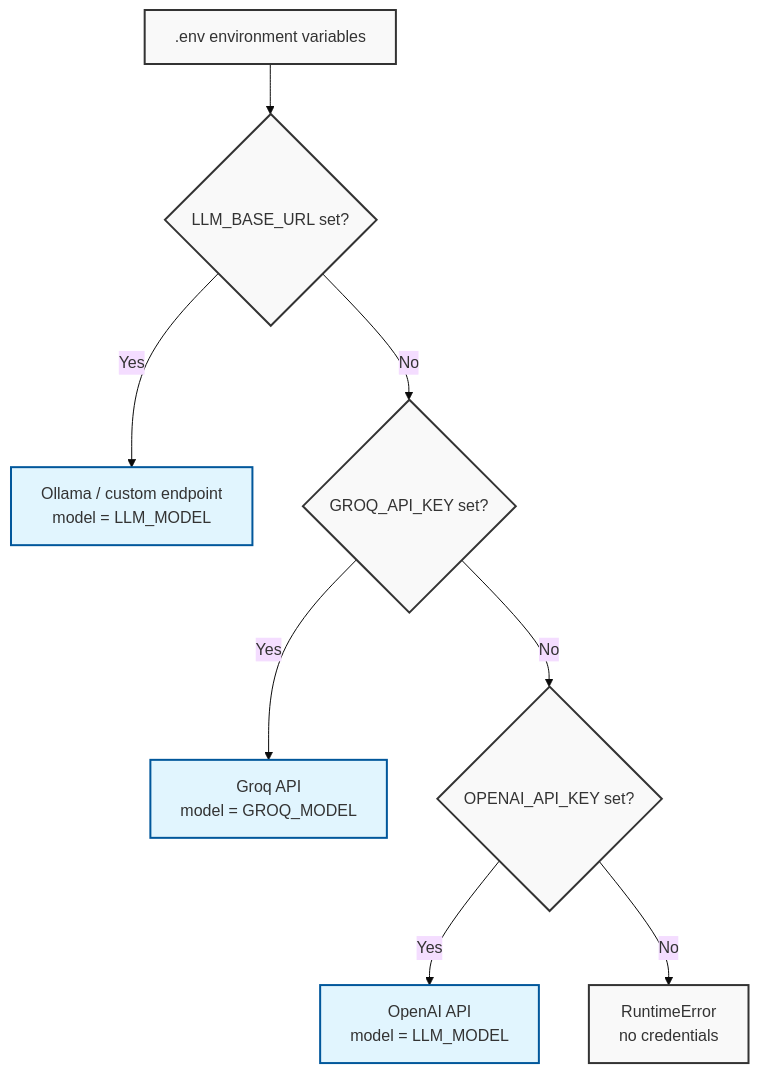
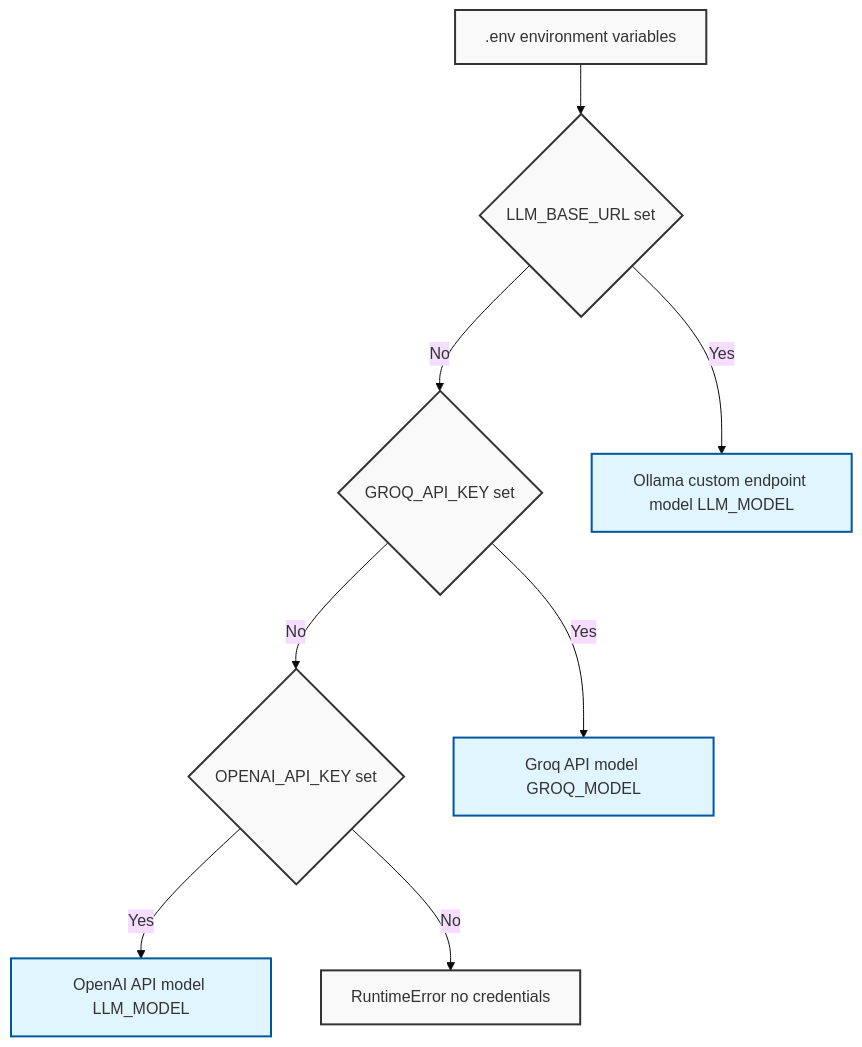
One commit to ArafathUIU/BIAI_Task1 changed the sixth of 7 diagrams in ARCHITECTURE.md. Above: the diagram before and after it, drawn with Mermaid (base theme). The commit also changed other lines of this file, not shown here.

Commit message:
Fix Mermaid diagram syntax errors in ARCHITECTURE.md

````diff
--- a/ARCHITECTURE.md
+++ b/ARCHITECTURE.md
@@ -226,16 +248,25 @@
 ```mermaid
 flowchart TD
     classDef provider fill:#e1f5fe,stroke:#01579b,stroke-width:2px
     classDef default fill:#f9f9f9,stroke:#333,stroke-width:2px
 
-    ENV[.env environment variables] --> G1{LLM_BASE_URL set?}
-    G1 -- Yes --> P1[Ollama / custom endpoint<br/>model = LLM_MODEL]
-    G1 -- No --> G2{GROQ_API_KEY set?}
-    G2 -- Yes --> P2[Groq API<br/>model = GROQ_MODEL]
-    G2 -- No --> G3{OPENAI_API_KEY set?}
-    G3 -- Yes --> P3[OpenAI API<br/>model = LLM_MODEL]
-    G3 -- No --> ERR[RuntimeError<br/>no credentials]
+    ENV[.env environment variables]
+    G1{LLM_BASE_URL set}
+    G2{GROQ_API_KEY set}
+    G3{OPENAI_API_KEY set}
+    P1[Ollama custom endpoint model LLM_MODEL]
+    P2[Groq API model GROQ_MODEL]
+    P3[OpenAI API model LLM_MODEL]
+    ERR[RuntimeError no credentials]
+
+    ENV --> G1
+    G1 -->|Yes| P1
+    G1 -->|No| G2
+    G2 -->|Yes| P2
+    G2 -->|No| G3
+    G3 -->|Yes| P3
+    G3 -->|No| ERR
 
     class P1,P2,P3 provider
     class ERR default
 ```
````
